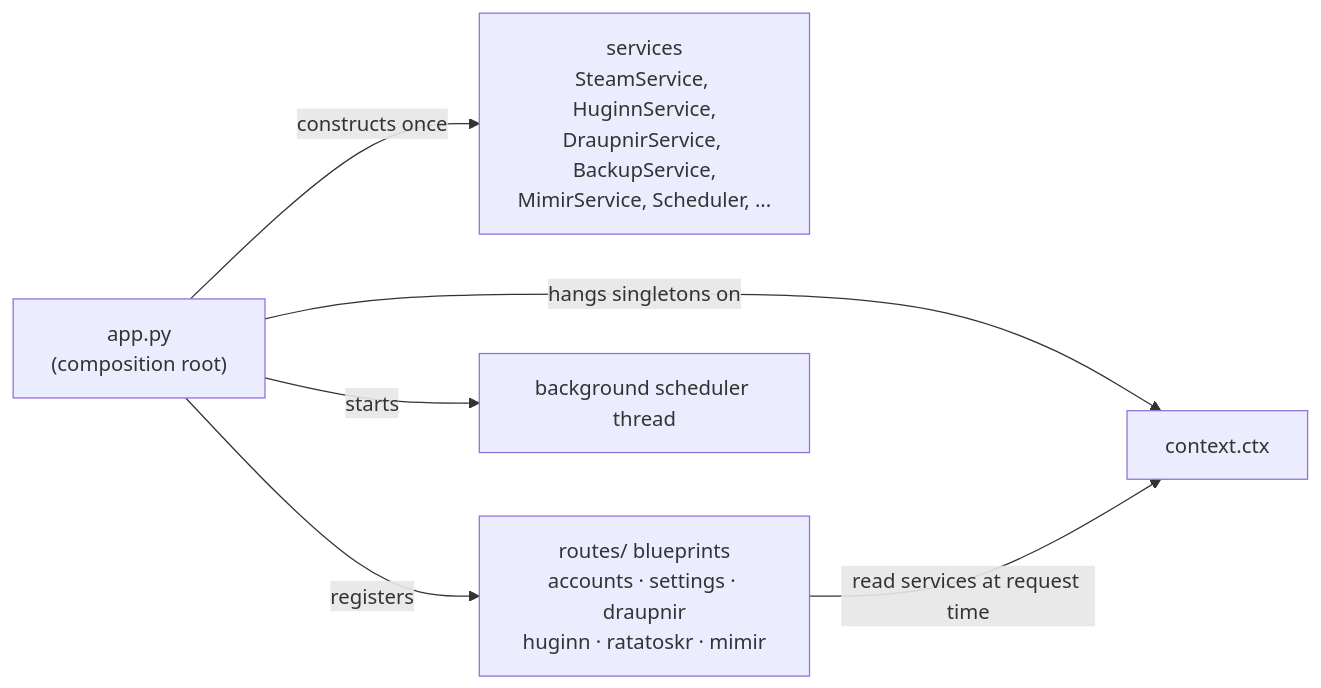
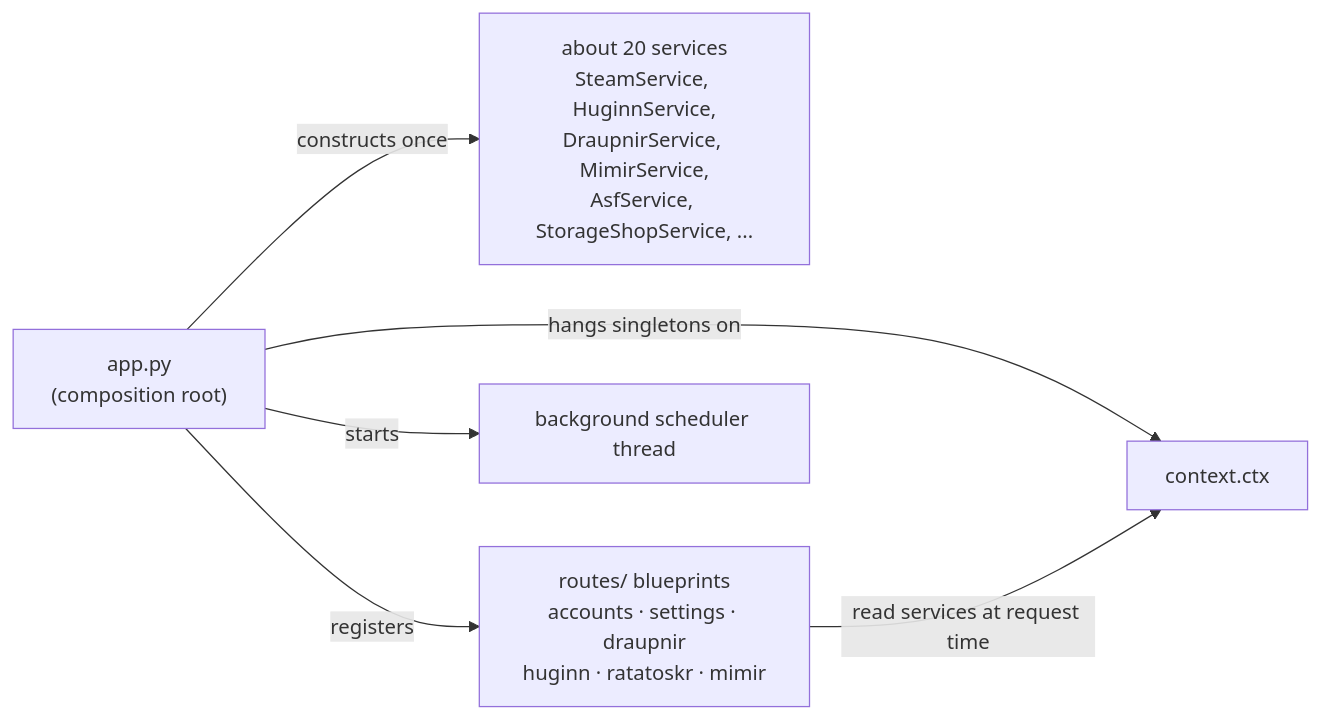
Before and after one commit to everthinq/steam-odin: the second of 4 diagrams in ARCHITECTURE.md, drawn with Mermaid. The commit also changed other lines of this file and 25 other files, not shown here.

First line of the commit message:
docs: user guide for humans, refreshed agent guides, Storage shop deep dive

````diff
--- a/ARCHITECTURE.md
+++ b/ARCHITECTURE.md
@@ -70,8 +88,8 @@
 ```mermaid
 flowchart LR
-    APP["app.py<br/>(composition root)"] -->|constructs once| SVCS["services<br/>SteamService, HuginnService,<br/>DraupnirService, BackupService,<br/>MimirService, Scheduler, ..."]
+    APP["app.py<br/>(composition root)"] -->|constructs once| SVCS["about 20 services<br/>SteamService, HuginnService,<br/>DraupnirService, MimirService,<br/>AsfService, StorageShopService, ..."]
     APP -->|hangs singletons on| CTX["context.ctx"]
     APP -->|registers| BP["routes/ blueprints<br/>accounts · settings · draupnir<br/>huginn · ratatoskr · mimir"]
     BP -->|read services at request time| CTX
     APP -->|starts| SCHED["background scheduler thread"]
 ```
````
